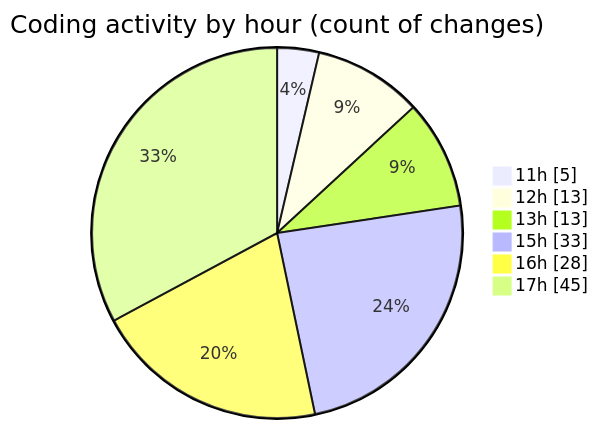
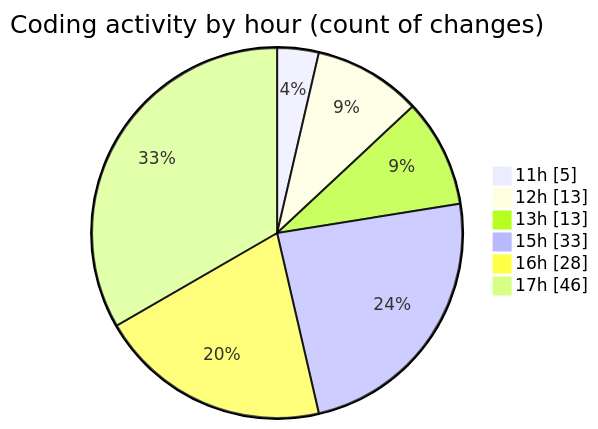
Before and after one commit to nxtqubesakshisongat/code-tracking: the second of 2 diagrams in 2025-08-06/nxtqube_webapp/README.md, drawn with Mermaid. The commit also changed other lines of this file and 1 other file, not shown here.

````diff
--- a/2025-08-06/nxtqube_webapp/README.md
+++ b/2025-08-06/nxtqube_webapp/README.md
@@ -41,10 +41,10 @@
 ```mermaid
 pie showData
 title Coding activity by hour (count of changes)
 "11h" : 5
 "12h" : 13
 "13h" : 13
 "15h" : 33
 "16h" : 28
-"17h" : 45
+"17h" : 46
 ```
````
